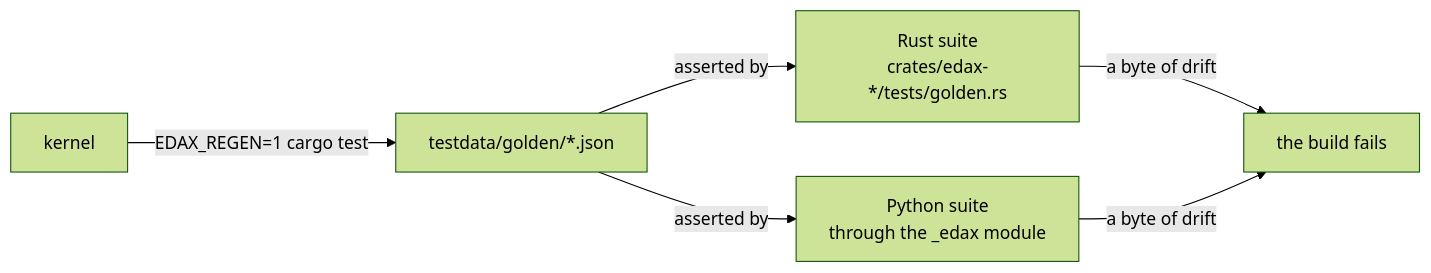
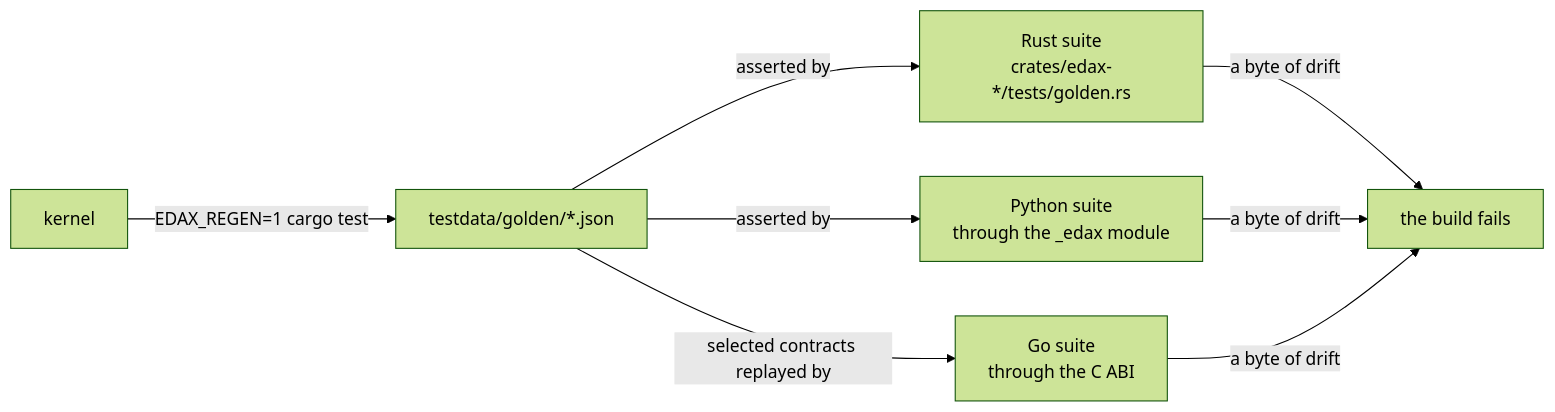
Before and after one commit to haskian/edax: the fourth of 4 diagrams in docs/architecture.md, drawn with Mermaid (forest theme). The commit also changed other lines of this file and 154 other files, not shown here.

````diff
--- a/docs/architecture.md
+++ b/docs/architecture.md
@@ -155,8 +168,10 @@
 ```mermaid
 flowchart LR
     KER["kernel"] -->|"EDAX_REGEN=1 cargo test"| GV["testdata/golden/*.json"]
     GV -->|"asserted by"| RT["Rust suite<br/>crates/edax-*/tests/golden.rs"]
     GV -->|"asserted by"| PT["Python suite<br/>through the _edax module"]
+    GV -->|"selected contracts replayed by"| GT["Go suite<br/>through the C ABI"]
     RT -->|"a byte of drift"| FAIL["the build fails"]
     PT -->|"a byte of drift"| FAIL
+    GT -->|"a byte of drift"| FAIL
 ```
````
